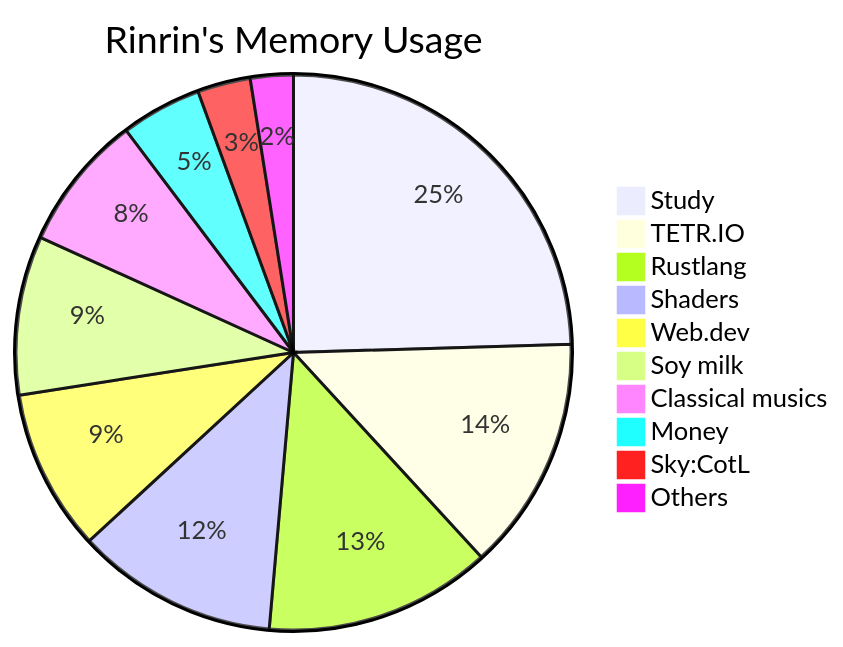
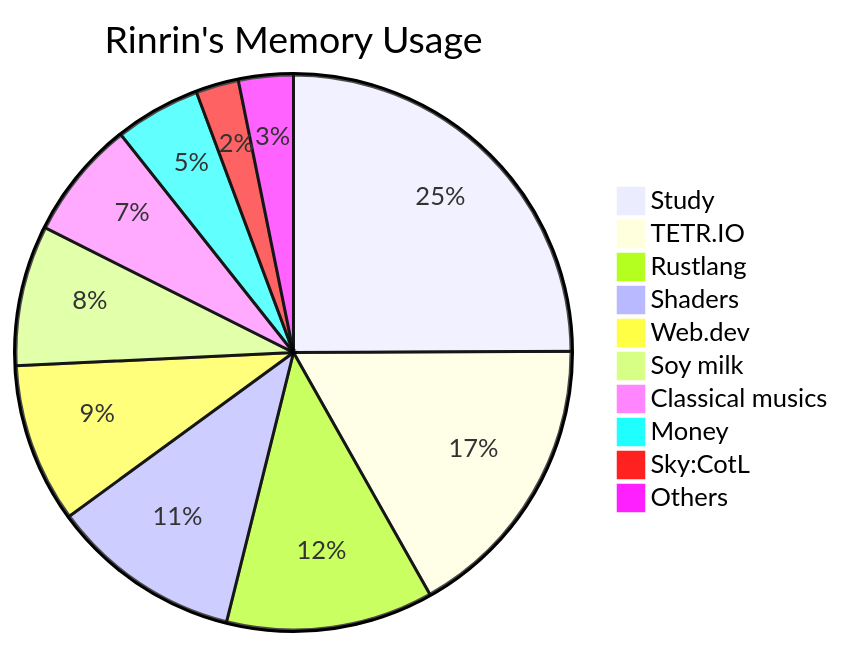
The diagram in README.md (Rinrin0413/Rinrin0413), drawn with Mermaid before and after one commit. The commit also changed other lines of this file and 39 other files, not shown here.

````diff
--- a/README.md
+++ b/README.md
@@ -74,13 +74,13 @@
 ```mermaid
 pie title Rinrin's Memory Usage
-    "Study": 167
-    "TETR.IO": 93
-    "Rustlang": 90
+    "Study": 180
+    "TETR.IO": 122
+    "Rustlang": 87
     "Shaders": 80
-    "Web.dev": 64
-    "Soy milk": 63
-    "Classical musics": 54
-    "Money": 32
-    "Sky:CotL": 21
-    "Others": 17
+    "Web.dev": 67
+    "Soy milk": 59
+    "Classical musics": 50
+    "Money": 36
+    "Sky:CotL": 18
+    "Others": 23
 ```
````
